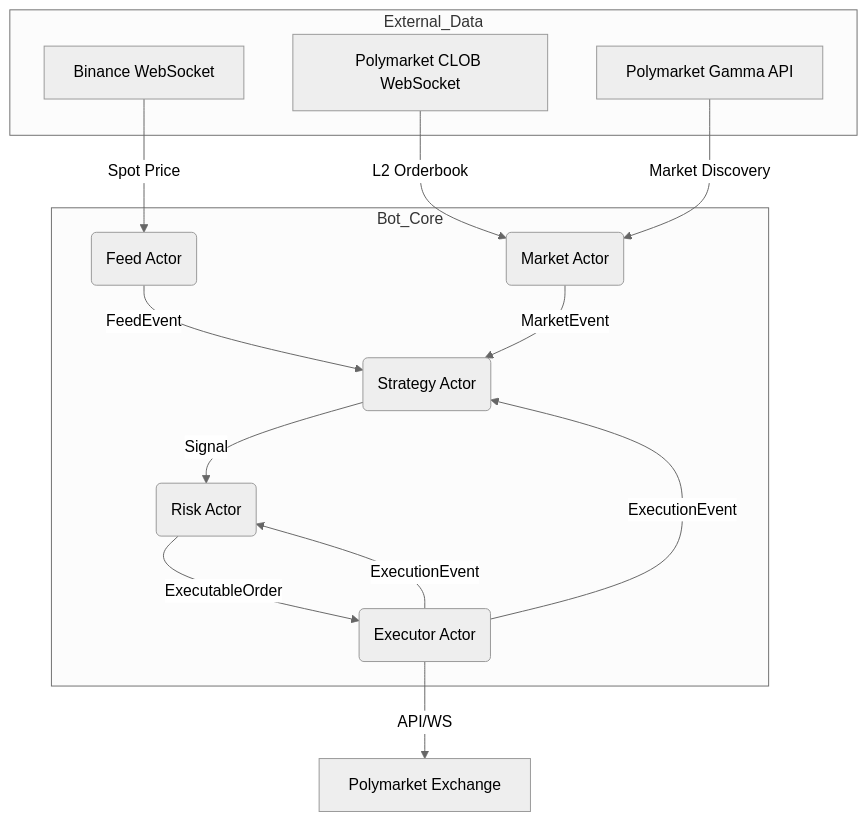
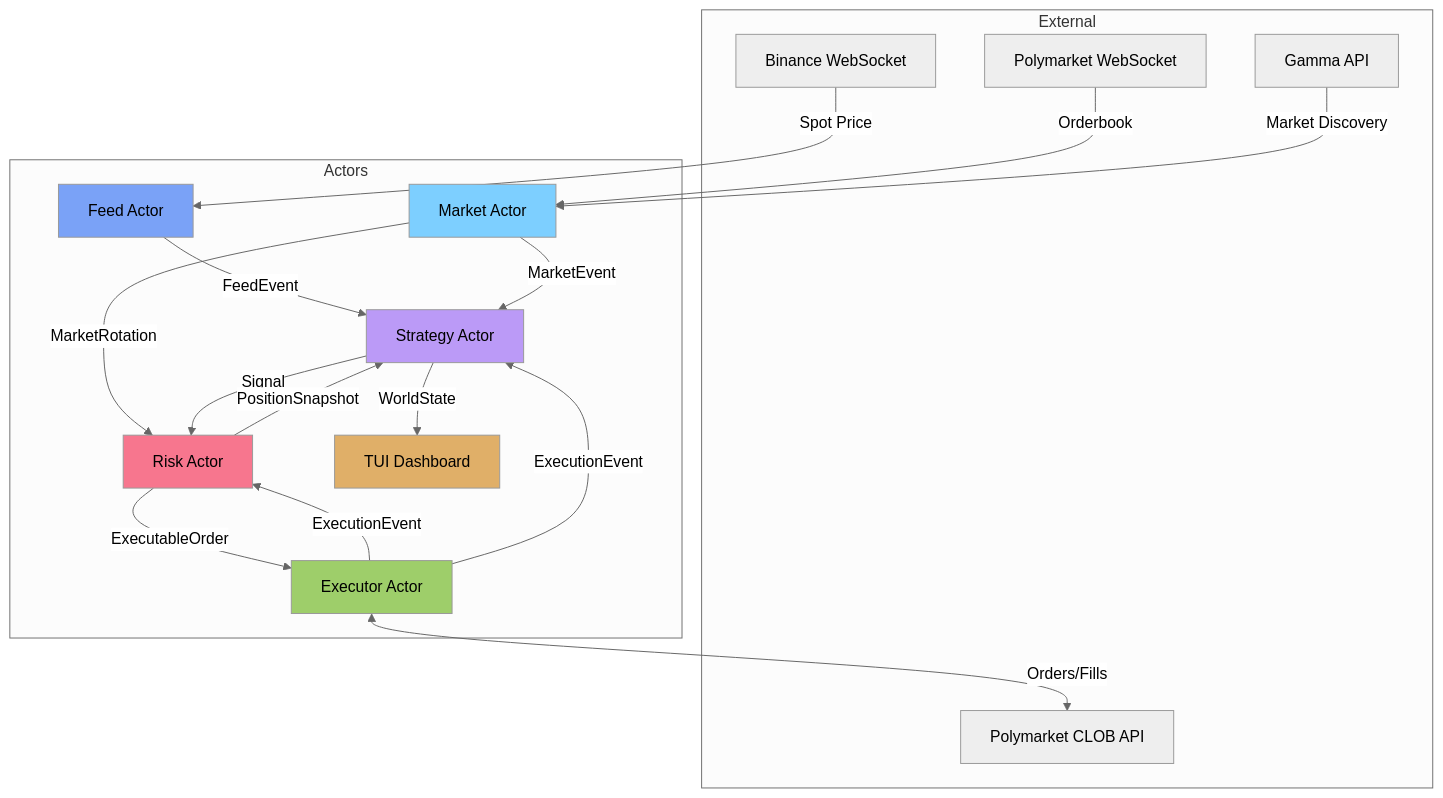
Before and after one commit to pwnholic/pmbot: the first of 4 diagrams in README.md, drawn with Mermaid (neutral theme). The commit also changed other lines of this file and 28 other files, not shown here.

````diff
--- a/README.md
+++ b/README.md
@@ -13,31 +49,43 @@
 ```mermaid
 graph TD
-    subgraph External_Data
-        B_WS[Binance WebSocket]
-        P_WS[Polymarket CLOB WebSocket]
-        G_API[Polymarket Gamma API]
+    subgraph External
+        BWS[Binance WebSocket]
+        PWS[Polymarket WebSocket]
+        GAM[Gamma API]
+        CLOB[Polymarket CLOB API]
     end
 
-    subgraph Bot_Core
-        FA(Feed Actor)
-        MA(Market Actor)
-        SA(Strategy Actor)
-        RA(Risk Actor)
-        EA(Executor Actor)
+    subgraph Actors
+        FA[Feed Actor]
+        MA[Market Actor]
+        SA[Strategy Actor]
+        RA[Risk Actor]
+        EA[Executor Actor]
+        TUI[TUI Dashboard]
     end
 
-    B_WS -->|Spot Price| FA
-    P_WS -->|L2 Orderbook| MA
-    G_API -->|Market Discovery| MA
+    BWS -->|Spot Price| FA
+    PWS -->|Orderbook| MA
+    GAM -->|Market Discovery| MA
 
     FA -->|FeedEvent| SA
     MA -->|MarketEvent| SA
+    MA -->|MarketRotation| RA
 
     SA -->|Signal| RA
     RA -->|ExecutableOrder| EA
-
     EA -->|ExecutionEvent| RA
     EA -->|ExecutionEvent| SA
 
-    EA -->|API/WS| P_EX[Polymarket Exchange]
+    RA -->|PositionSnapshot| SA
+    SA -->|WorldState| TUI
+
+    EA <-->|Orders/Fills| CLOB
+
+    style FA fill:#7aa2f7
+    style MA fill:#7dcfff
+    style SA fill:#bb9af7
+    style RA fill:#f7768e
+    style EA fill:#9ece6a
+    style TUI fill:#e0af68
 ```
````
